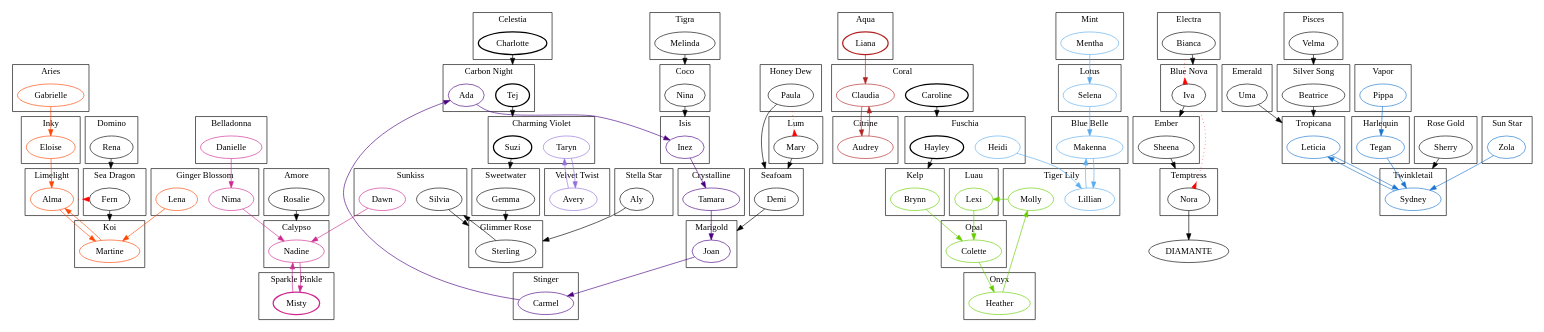
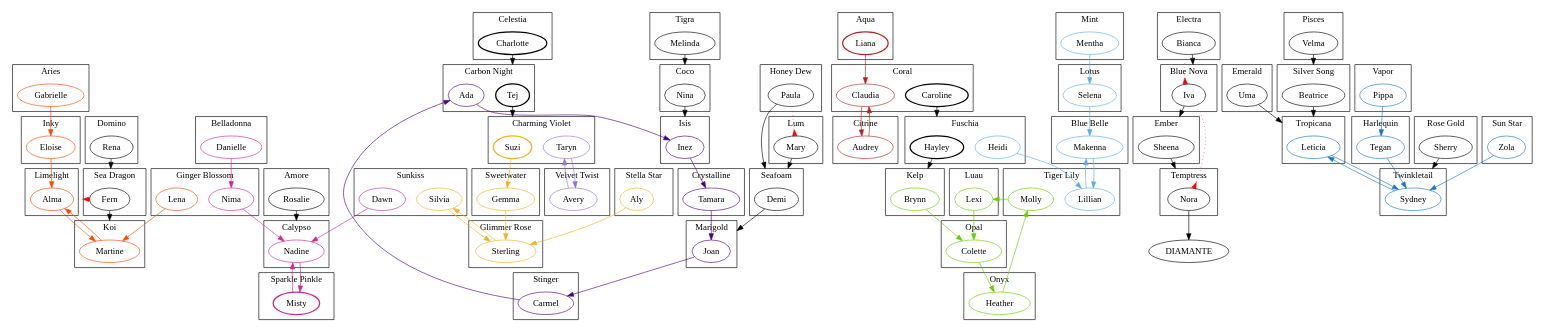
The diagram in Mermaids.dot (besslwalker/crowdstar-graphs), drawn with Graphviz before and after one commit.

Commit message:
Marked the new Sunkiss / Glimmer Rose group with goldenrod2.

```diff
--- a/Mermaids.dot
+++ b/Mermaids.dot
@@ -61,10 +61,10 @@
     subgraph clusterCharmingViolet {
         label = "Charming Violet";
         Taryn [color = mediumpurple];
-        Suzi [style = bold];
+        Suzi [style = bold color = goldenrod2];
     }
     Taryn -> Avery [color = mediumpurple];
-    Suzi -> Gemma [lhead = clusterSweetwater];
+    Suzi -> Gemma [color = goldenrod2];
     
     subgraph clusterCitrine {
         label = Citrine;
@@ -134,9 +134,9 @@
     
     subgraph clusterGlimmerRose {
         label = "Glimmer Rose"
-        Sterling;
+        Sterling [color = goldenrod2];
     }
-    Sterling -> Silvia [lhead = clusterSunkiss];
+    Sterling -> Silvia [color = goldenrod2];
     
     subgraph clusterHarlequin {
         label = Harlequin;
@@ -262,9 +262,9 @@
     
     subgraph clusterStellaStar {
         label = "Stella Star";
-        Aly;
+        Aly [color = goldenrod2];
     }
-    Aly -> Sterling [lhead = clusterGlimmerRose];
+    Aly -> Sterling [color = goldenrod2];
     
     subgraph clusterStinger {
         label = Stinger;
@@ -275,10 +275,10 @@
     subgraph clusterSunkiss {
         label = Sunkiss;
         Dawn [color = maroon3];
-        Silvia;
+        Silvia [color = goldenrod2];
     }
     Dawn -> Nadine [color = maroon3];
-    Silvia -> Sterling [lhead = clusterGlimmerRose];
+    Silvia -> Sterling [color = goldenrod2];
     
     subgraph clusterSunStar {
         label = "Sun Star";
@@ -288,9 +288,9 @@
     
     subgraph clusterSweetwater {
         label = Sweetwater;
-        Gemma;
+        Gemma [color = goldenrod2];
     }
-    Gemma -> Sterling [lhead = clusterGlimmerRose];
+    Gemma -> Sterling [color = goldenrod2];
     
     subgraph clusterTemptress {
         label = Temptress;
```
